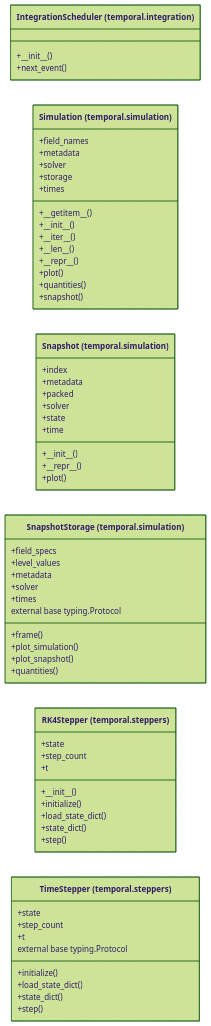
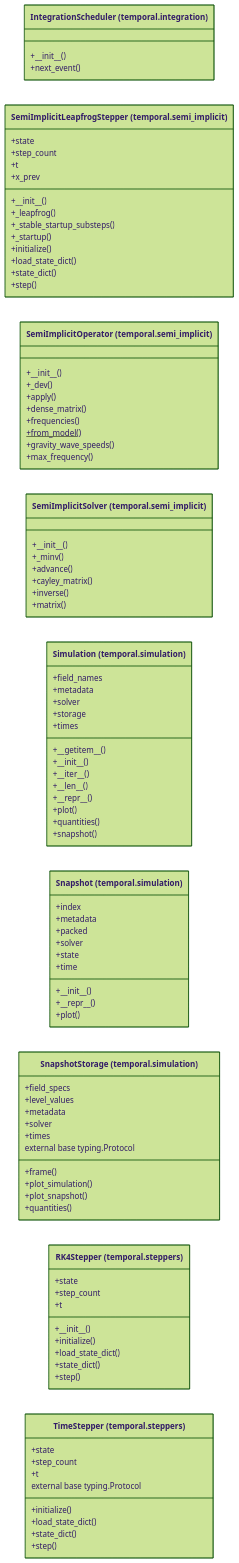
One commit to AlexandreEros/Palintropos changed the diagram in docs/architecture/current/classes/tropoi.temporal.mmd. Above: the diagram before and after it, drawn with Mermaid (forest theme). The commit also changed 13 other files, not shown here.

```diff
--- a/docs/architecture/current/classes/tropoi.temporal.mmd
+++ b/docs/architecture/current/classes/tropoi.temporal.mmd
@@ -1,60 +1,89 @@
 %% Generated by tools.architecture 1.0.0. Do not edit by hand.
 %% All classes defined in package tropoi.temporal.
 classDiagram
     direction LR
     class c_tropoi_otemporal_ointegration_oIntegrationScheduler["IntegrationScheduler (temporal.integration)"]
     c_tropoi_otemporal_ointegration_oIntegrationScheduler : +#95;#95;init#95;#95;()
     c_tropoi_otemporal_ointegration_oIntegrationScheduler : +next#95;event()
+    class c_tropoi_otemporal_osemi__implicit_oSemiImplicitLeapfrogStepper["SemiImplicitLeapfrogStepper (temporal.semi_implicit)"]
+    c_tropoi_otemporal_osemi__implicit_oSemiImplicitLeapfrogStepper : +#95;#95;init#95;#95;()
+    c_tropoi_otemporal_osemi__implicit_oSemiImplicitLeapfrogStepper : +#95;leapfrog()
+    c_tropoi_otemporal_osemi__implicit_oSemiImplicitLeapfrogStepper : +#95;stable#95;startup#95;substeps()
+    c_tropoi_otemporal_osemi__implicit_oSemiImplicitLeapfrogStepper : +#95;startup()
+    c_tropoi_otemporal_osemi__implicit_oSemiImplicitLeapfrogStepper : +initialize()
+    c_tropoi_otemporal_osemi__implicit_oSemiImplicitLeapfrogStepper : +load#95;state#95;dict()
+    c_tropoi_otemporal_osemi__implicit_oSemiImplicitLeapfrogStepper : +state
+    c_tropoi_otemporal_osemi__implicit_oSemiImplicitLeapfrogStepper : +state#95;dict()
+    c_tropoi_otemporal_osemi__implicit_oSemiImplicitLeapfrogStepper : +step()
+    c_tropoi_otemporal_osemi__implicit_oSemiImplicitLeapfrogStepper : +step#95;count
+    c_tropoi_otemporal_osemi__implicit_oSemiImplicitLeapfrogStepper : +t
+    c_tropoi_otemporal_osemi__implicit_oSemiImplicitLeapfrogStepper : +x#95;prev
+    class c_tropoi_otemporal_osemi__implicit_oSemiImplicitOperator["SemiImplicitOperator (temporal.semi_implicit)"]
+    c_tropoi_otemporal_osemi__implicit_oSemiImplicitOperator : +#95;#95;init#95;#95;()
+    c_tropoi_otemporal_osemi__implicit_oSemiImplicitOperator : +#95;dev()
+    c_tropoi_otemporal_osemi__implicit_oSemiImplicitOperator : +apply()
+    c_tropoi_otemporal_osemi__implicit_oSemiImplicitOperator : +dense#95;matrix()
+    c_tropoi_otemporal_osemi__implicit_oSemiImplicitOperator : +frequencies()
+    c_tropoi_otemporal_osemi__implicit_oSemiImplicitOperator : +from#95;model()$
+    c_tropoi_otemporal_osemi__implicit_oSemiImplicitOperator : +gravity#95;wave#95;speeds()
+    c_tropoi_otemporal_osemi__implicit_oSemiImplicitOperator : +max#95;frequency()
+    class c_tropoi_otemporal_osemi__implicit_oSemiImplicitSolver["SemiImplicitSolver (temporal.semi_implicit)"]
+    c_tropoi_otemporal_osemi__implicit_oSemiImplicitSolver : +#95;#95;init#95;#95;()
+    c_tropoi_otemporal_osemi__implicit_oSemiImplicitSolver : +#95;minv()
+    c_tropoi_otemporal_osemi__implicit_oSemiImplicitSolver : +advance()
+    c_tropoi_otemporal_osemi__implicit_oSemiImplicitSolver : +cayley#95;matrix()
+    c_tropoi_otemporal_osemi__implicit_oSemiImplicitSolver : +inverse()
+    c_tropoi_otemporal_osemi__implicit_oSemiImplicitSolver : +matrix()
     class c_tropoi_otemporal_osimulation_oSimulation["Simulation (temporal.simulation)"]
     c_tropoi_otemporal_osimulation_oSimulation : +#95;#95;getitem#95;#95;()
     c_tropoi_otemporal_osimulation_oSimulation : +#95;#95;init#95;#95;()
     c_tropoi_otemporal_osimulation_oSimulation : +#95;#95;iter#95;#95;()
     c_tropoi_otemporal_osimulation_oSimulation : +#95;#95;len#95;#95;()
     c_tropoi_otemporal_osimulation_oSimulation : +#95;#95;repr#95;#95;()
     c_tropoi_otemporal_osimulation_oSimulation : +field#95;names
     c_tropoi_otemporal_osimulation_oSimulation : +metadata
     c_tropoi_otemporal_osimulation_oSimulation : +plot()
     c_tropoi_otemporal_osimulation_oSimulation : +quantities()
     c_tropoi_otemporal_osimulation_oSimulation : +snapshot()
     c_tropoi_otemporal_osimulation_oSimulation : +solver
     c_tropoi_otemporal_osimulation_oSimulation : +storage
     c_tropoi_otemporal_osimulation_oSimulation : +times
     class c_tropoi_otemporal_osimulation_oSnapshot["Snapshot (temporal.simulation)"]
     c_tropoi_otemporal_osimulation_oSnapshot : +#95;#95;init#95;#95;()
     c_tropoi_otemporal_osimulation_oSnapshot : +#95;#95;repr#95;#95;()
     c_tropoi_otemporal_osimulation_oSnapshot : +index
     c_tropoi_otemporal_osimulation_oSnapshot : +metadata
     c_tropoi_otemporal_osimulation_oSnapshot : +packed
     c_tropoi_otemporal_osimulation_oSnapshot : +plot()
     c_tropoi_otemporal_osimulation_oSnapshot : +solver
     c_tropoi_otemporal_osimulation_oSnapshot : +state
     c_tropoi_otemporal_osimulation_oSnapshot : +time
     class c_tropoi_otemporal_osimulation_oSnapshotStorage["SnapshotStorage (temporal.simulation)"]
     c_tropoi_otemporal_osimulation_oSnapshotStorage : +field#95;specs
     c_tropoi_otemporal_osimulation_oSnapshotStorage : +frame()
     c_tropoi_otemporal_osimulation_oSnapshotStorage : +level#95;values
     c_tropoi_otemporal_osimulation_oSnapshotStorage : +metadata
     c_tropoi_otemporal_osimulation_oSnapshotStorage : +plot#95;simulation()
     c_tropoi_otemporal_osimulation_oSnapshotStorage : +plot#95;snapshot()
     c_tropoi_otemporal_osimulation_oSnapshotStorage : +quantities()
     c_tropoi_otemporal_osimulation_oSnapshotStorage : +solver
     c_tropoi_otemporal_osimulation_oSnapshotStorage : +times
     c_tropoi_otemporal_osimulation_oSnapshotStorage : external base typing.Protocol
     class c_tropoi_otemporal_osteppers_oRK4Stepper["RK4Stepper (temporal.steppers)"]
     c_tropoi_otemporal_osteppers_oRK4Stepper : +#95;#95;init#95;#95;()
     c_tropoi_otemporal_osteppers_oRK4Stepper : +initialize()
     c_tropoi_otemporal_osteppers_oRK4Stepper : +load#95;state#95;dict()
     c_tropoi_otemporal_osteppers_oRK4Stepper : +state
     c_tropoi_otemporal_osteppers_oRK4Stepper : +state#95;dict()
     c_tropoi_otemporal_osteppers_oRK4Stepper : +step()
     c_tropoi_otemporal_osteppers_oRK4Stepper : +step#95;count
     c_tropoi_otemporal_osteppers_oRK4Stepper : +t
     class c_tropoi_otemporal_osteppers_oTimeStepper["TimeStepper (temporal.steppers)"]
     c_tropoi_otemporal_osteppers_oTimeStepper : +initialize()
     c_tropoi_otemporal_osteppers_oTimeStepper : +load#95;state#95;dict()
     c_tropoi_otemporal_osteppers_oTimeStepper : +state
     c_tropoi_otemporal_osteppers_oTimeStepper : +state#95;dict()
     c_tropoi_otemporal_osteppers_oTimeStepper : +step()
     c_tropoi_otemporal_osteppers_oTimeStepper : +step#95;count
     c_tropoi_otemporal_osteppers_oTimeStepper : +t
     c_tropoi_otemporal_osteppers_oTimeStepper : external base typing.Protocol
```
